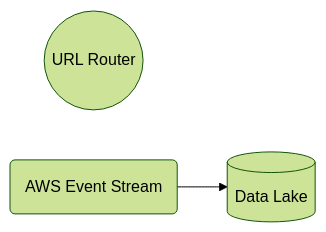
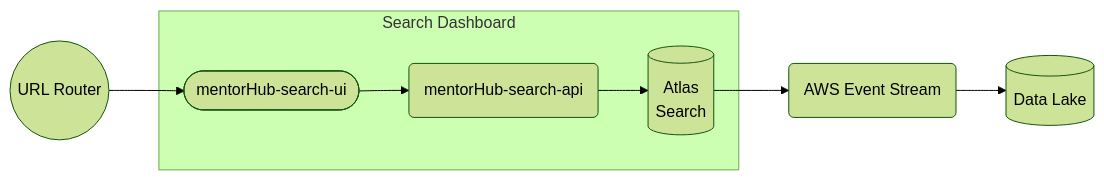
Before and after one commit to agile-learning-institute/mentorHub: the first of 6 diagrams in specifications/ARCHITECTURE.md, drawn with Mermaid (forest theme).

````diff
--- a/specifications/ARCHITECTURE.md
+++ b/specifications/ARCHITECTURE.md
@@ -19,7 +19,17 @@
 ```mermaid
 flowchart LR
     APIG((URL Router))
     BUS(AWS Event Stream)
     --> DataLake[(Data Lake)]
 
+    APIG 
+    --> SearchUI([mentorHub-search-ui])
+    subgraph Search Dashboard
+        SearchUI
+        --> SearchAPI(mentorHub-search-api)
+        --> SearchDB[(Atlas
+            Search)]
+    end
+    SearchDB --> BUS
+
 ```
````
